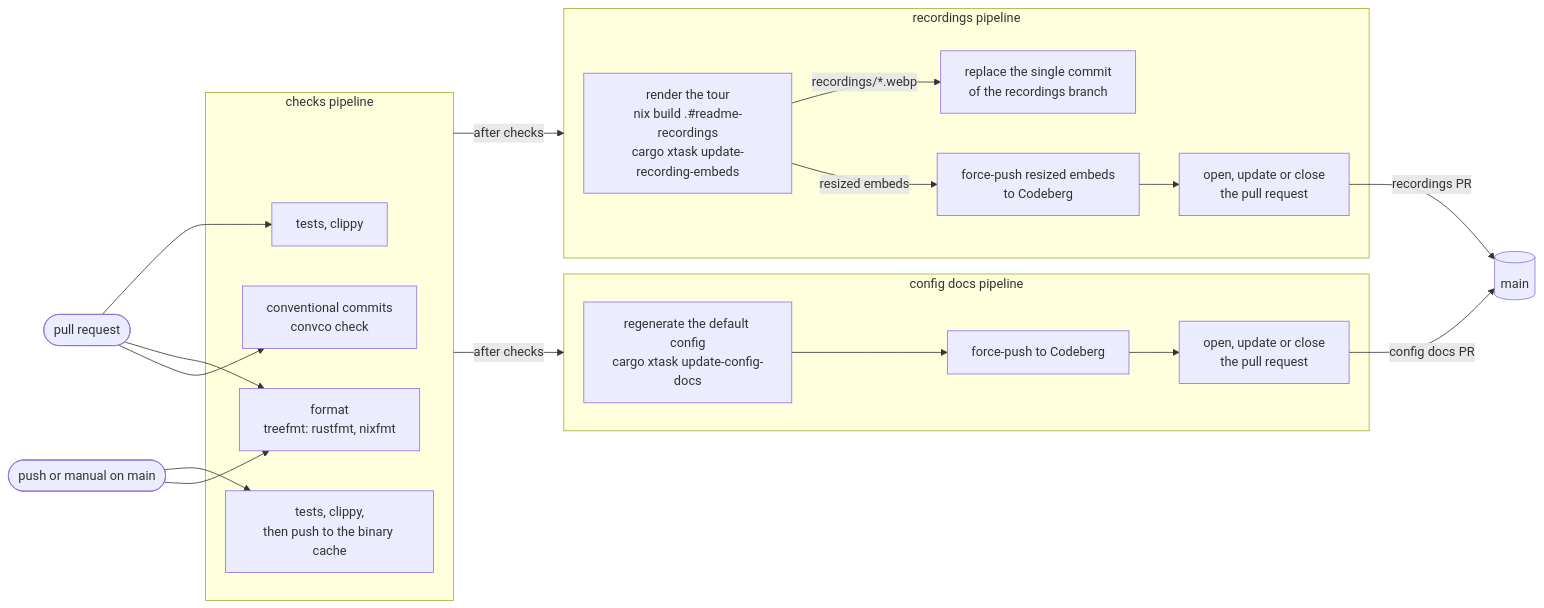
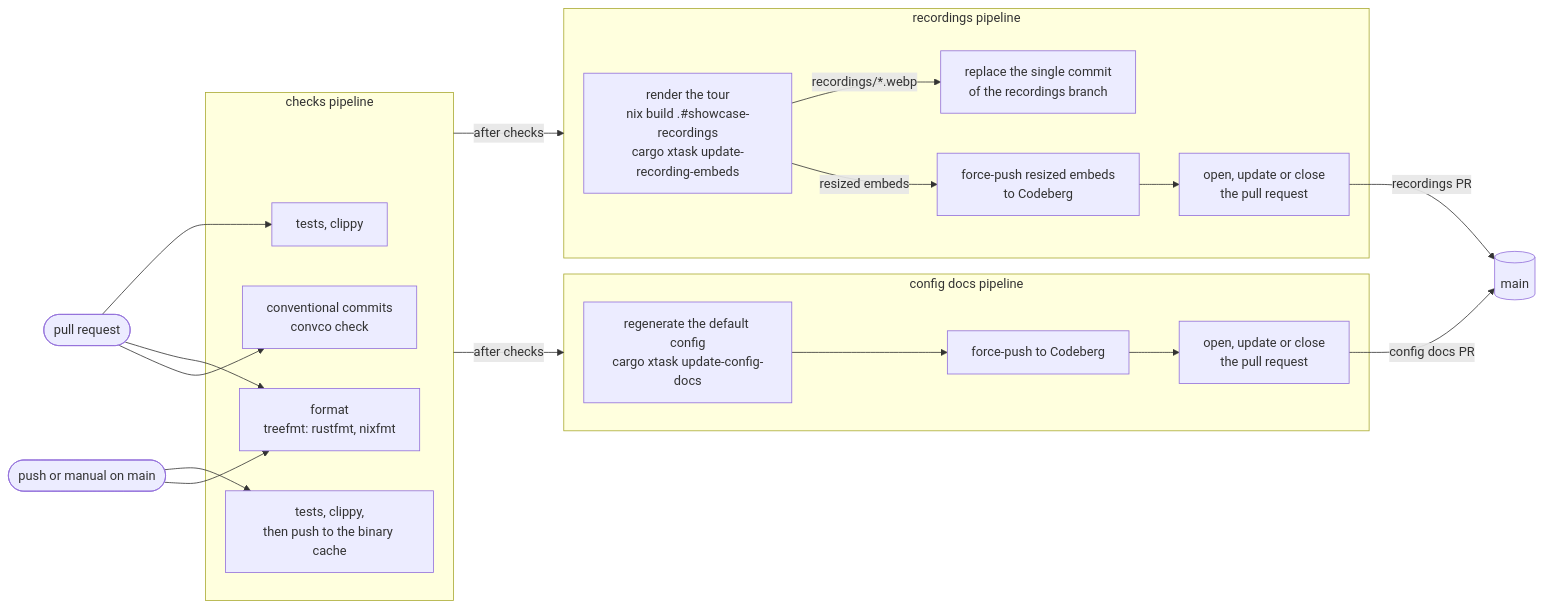
One commit to wvhulle/sottomano changed the first of 2 diagrams in docs/development.md. Above: the diagram before and after it, drawn with Mermaid. The commit also changed other lines of this file and 31 other files, not shown here.

````diff
--- a/docs/development.md
+++ b/docs/development.md
@@ -117,39 +123,39 @@
 ```mermaid
 flowchart LR
   pull_request_event(["pull request"])
   main_push_event(["push or manual on main"])
 
   subgraph checks_pipeline ["checks pipeline"]
     pull_request_checks["tests, clippy"]
     main_checks["tests, clippy,<br>then push to the binary cache"]
     format_check["format<br>treefmt: rustfmt, nixfmt"]
     conventional_commits["conventional commits<br>convco check"]
   end
 
   subgraph recordings_pipeline ["recordings pipeline"]
-    render_recordings["render the tour<br>nix build .#readme-recordings<br>cargo xtask update-recording-embeds"]
+    render_recordings["render the tour<br>nix build .#showcase-recordings<br>cargo xtask update-recording-embeds"]
     push_orphan_recordings["replace the single commit<br>of the recordings branch"]
     push_recordings_branch["force-push resized embeds<br>to Codeberg"]
     open_recordings_pull_request["open, update or close<br>the pull request"]
     render_recordings -->|"recordings/*.webp"| push_orphan_recordings
     render_recordings -->|resized embeds| push_recordings_branch
     push_recordings_branch --> open_recordings_pull_request
   end
 
   subgraph config_docs_pipeline ["config docs pipeline"]
     update_config_docs["regenerate the default config<br>cargo xtask update-config-docs"]
     push_config_docs_branch["force-push to Codeberg"]
     open_config_docs_pull_request["open, update or close<br>the pull request"]
     update_config_docs --> push_config_docs_branch
     push_config_docs_branch --> open_config_docs_pull_request
   end
 
   main_branch[("main")]
 
   pull_request_event --> pull_request_checks & format_check & conventional_commits
   main_push_event --> main_checks & format_check
   checks_pipeline -->|"after checks"| recordings_pipeline
   checks_pipeline -->|"after checks"| config_docs_pipeline
   open_recordings_pull_request -->|recordings PR| main_branch
   open_config_docs_pull_request -->|config docs PR| main_branch
 ```
````
